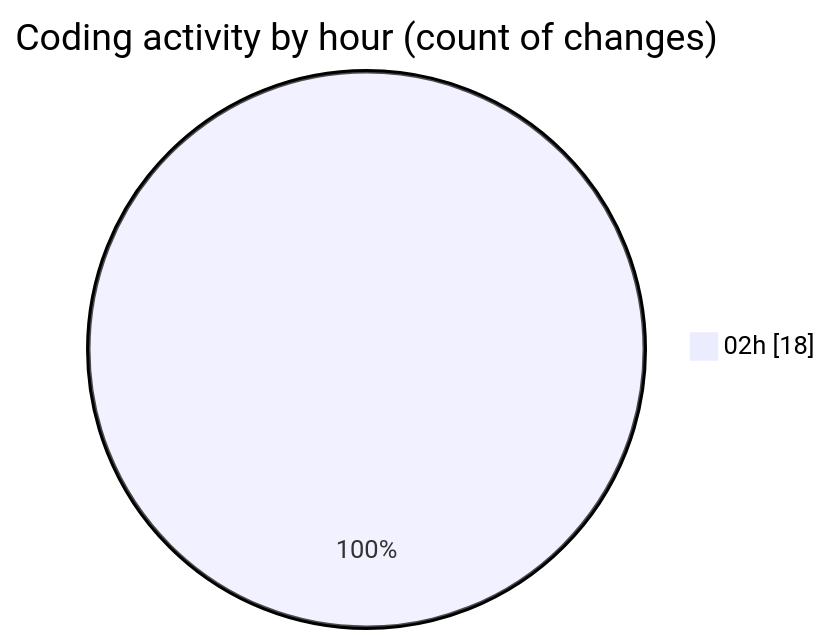
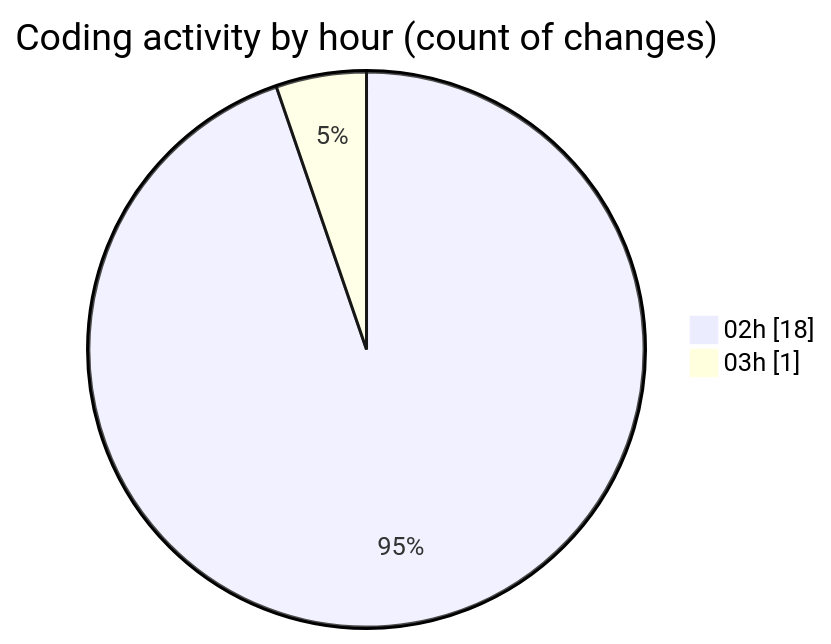
One commit to lephambinh05/code-tracking changed the second of 2 diagrams in 2025-07-12/shopaccv1/README.md. Above: the diagram before and after it, drawn with Mermaid. The commit also changed other lines of this file and 1 other file, not shown here.

````diff
--- a/2025-07-12/shopaccv1/README.md
+++ b/2025-07-12/shopaccv1/README.md
@@ -37,5 +39,6 @@
 ```mermaid
 pie showData
 title Coding activity by hour (count of changes)
 "02h" : 18
+"03h" : 1
 ```
````
